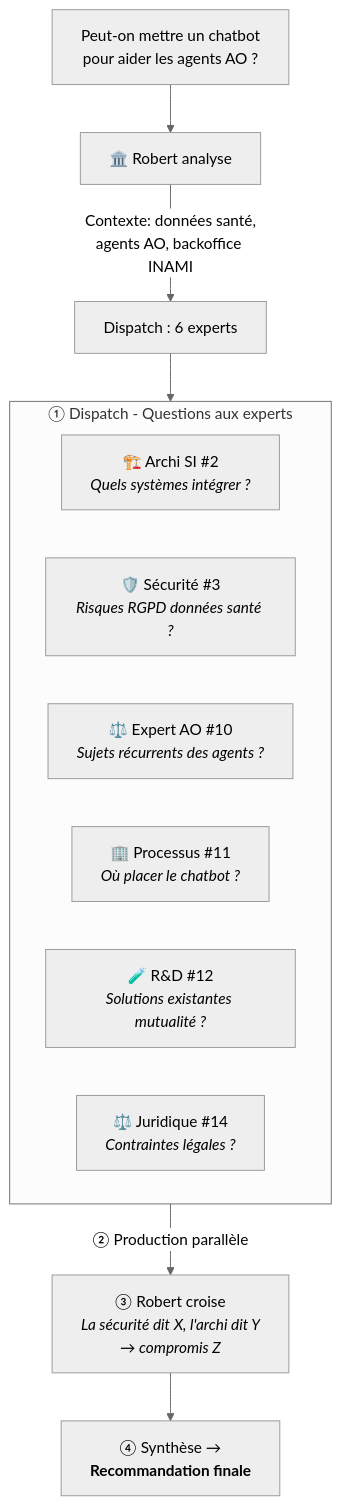
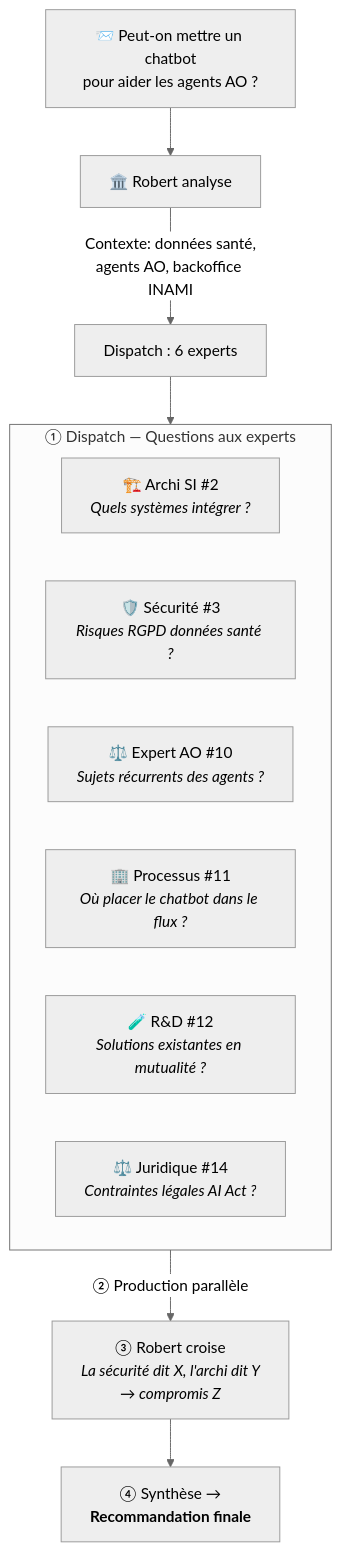
The diagram in docs/wiki/agent-pro/bureau-robert/evolution-bureau-robert-v2-ia-business.md (christophedanhier-hash/BAVI_LEO), drawn with Mermaid (neutral theme) before and after one commit. The commit also changed other lines of this file, not shown here.

First line of the commit message:
v3 — Référentiel de mise en place Bureau Robert v2

````diff
--- a/docs/wiki/agent-pro/bureau-robert/evolution-bureau-robert-v2-ia-business.md
+++ b/docs/wiki/agent-pro/bureau-robert/evolution-bureau-robert-v2-ia-business.md
@@ -78,21 +182,21 @@
 ```mermaid
 flowchart TB
-    Q["Peut-on mettre un chatbot<br>pour aider les agents AO ?"]
+    Q["📨 Peut-on mettre un chatbot<br>pour aider les agents AO ?"]
 
     Q --> R[🏛️ Robert analyse]
-    R -->|Contexte: données santé,<br>agents AO, backoffice INAMI| D[Dispatch : 6 experts]
+    R -->|"Contexte: données santé,<br>agents AO, backoffice INAMI"| D["Dispatch : 6 experts"]
 
-    subgraph DISPATCH [① Dispatch - Questions aux experts]
+    subgraph DISPATCH [① Dispatch — Questions aux experts]
         A2["🏗️ Archi SI #2<br><i>Quels systèmes intégrer ?</i>"]
         A3["🛡️ Sécurité #3<br><i>Risques RGPD données santé ?</i>"]
         A10["⚖️ Expert AO #10<br><i>Sujets récurrents des agents ?</i>"]
-        A11["🏢 Processus #11<br><i>Où placer le chatbot ?</i>"]
-        A12["🧪 R&D #12<br><i>Solutions existantes mutualité ?</i>"]
-        A14["⚖️ Juridique #14<br><i>Contraintes légales ?</i>"]
+        A11["🏢 Processus #11<br><i>Où placer le chatbot dans le flux ?</i>"]
+        A12["🧪 R&D #12<br><i>Solutions existantes en mutualité ?</i>"]
+        A14["⚖️ Juridique #14<br><i>Contraintes légales AI Act ?</i>"]
     end
 
     D --> DISPATCH
 
-    DISPATCH -->|② Production parallèle| CROISE[③ Robert croise<br><i>La sécurité dit X, l'archi dit Y<br>→ compromis Z</i>]
-    CROISE --> SYN[④ Synthèse →<br><b>Recommandation finale</b>]
+    DISPATCH -->|"② Production parallèle"| CROISE["③ Robert croise<br><i>La sécurité dit X, l'archi dit Y<br>→ compromis Z</i>"]
+    CROISE --> SYN["④ Synthèse →<br><b>Recommandation finale</b>"]
 ```
````
